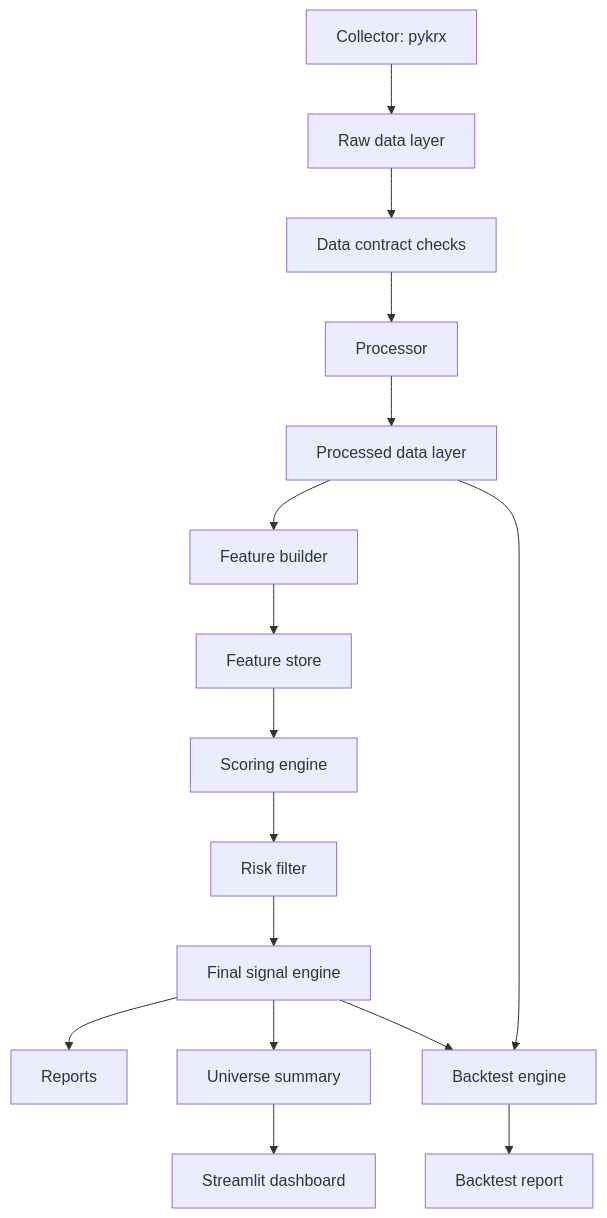
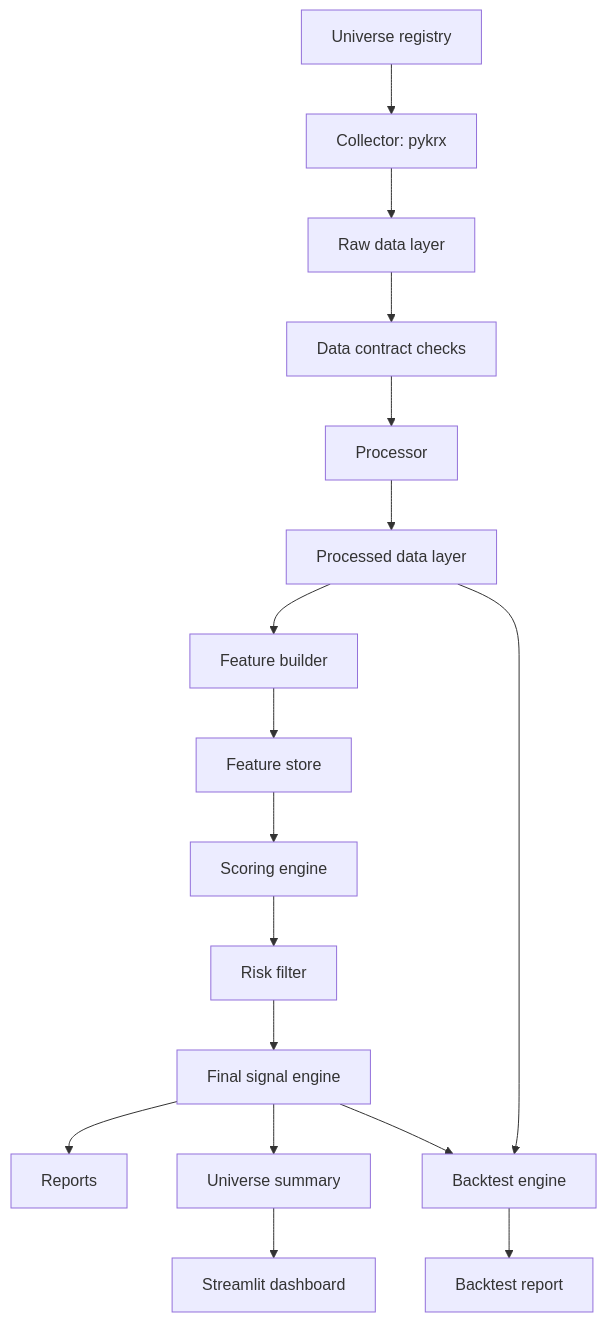
Before and after one commit to pkb0728-lgtm/krx-alpha-platform: the diagram in docs/architecture.md, drawn with Mermaid. The commit also changed other lines of this file and 12 other files, not shown here.

````diff
--- a/docs/architecture.md
+++ b/docs/architecture.md
@@ -11,18 +11,19 @@
 ```mermaid
 flowchart TD
+    U["Universe registry"] --> A
     A["Collector: pykrx"] --> B["Raw data layer"]
     B --> C["Data contract checks"]
     C --> D["Processor"]
     D --> E["Processed data layer"]
     E --> F["Feature builder"]
     F --> G["Feature store"]
     G --> H["Scoring engine"]
     H --> I["Risk filter"]
     I --> J["Final signal engine"]
     J --> K["Reports"]
     J --> L["Universe summary"]
     L --> M["Streamlit dashboard"]
     J --> N["Backtest engine"]
     E --> N
     N --> O["Backtest report"]
 ```
````
